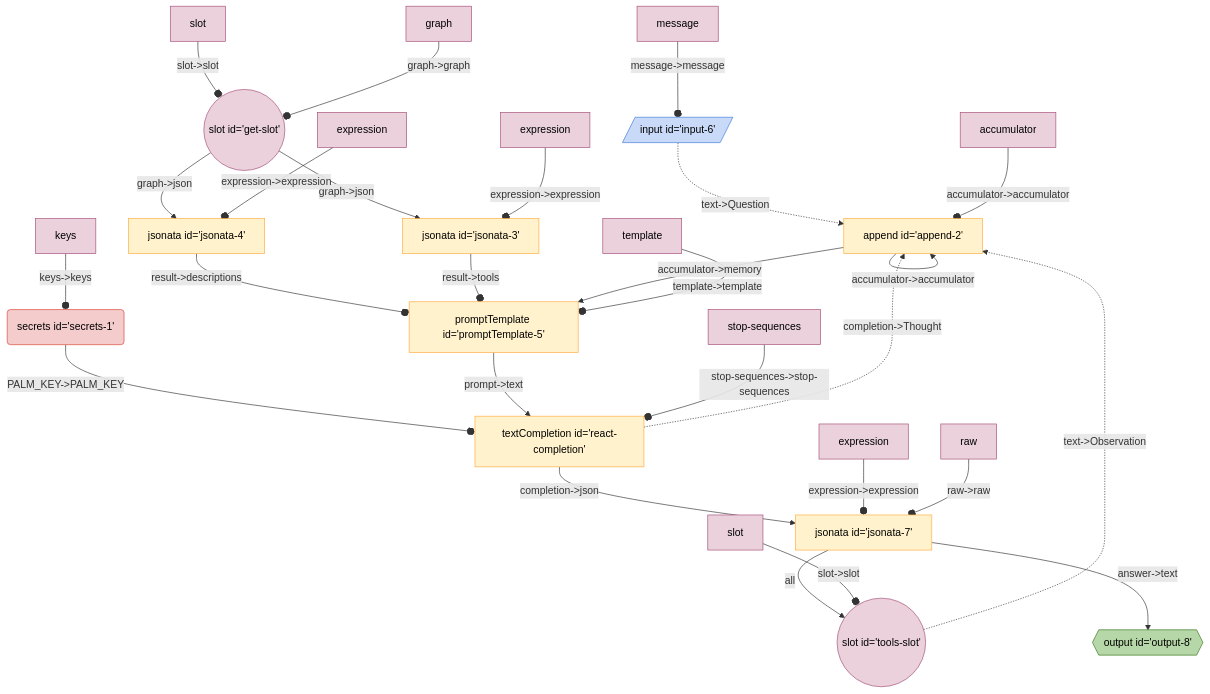
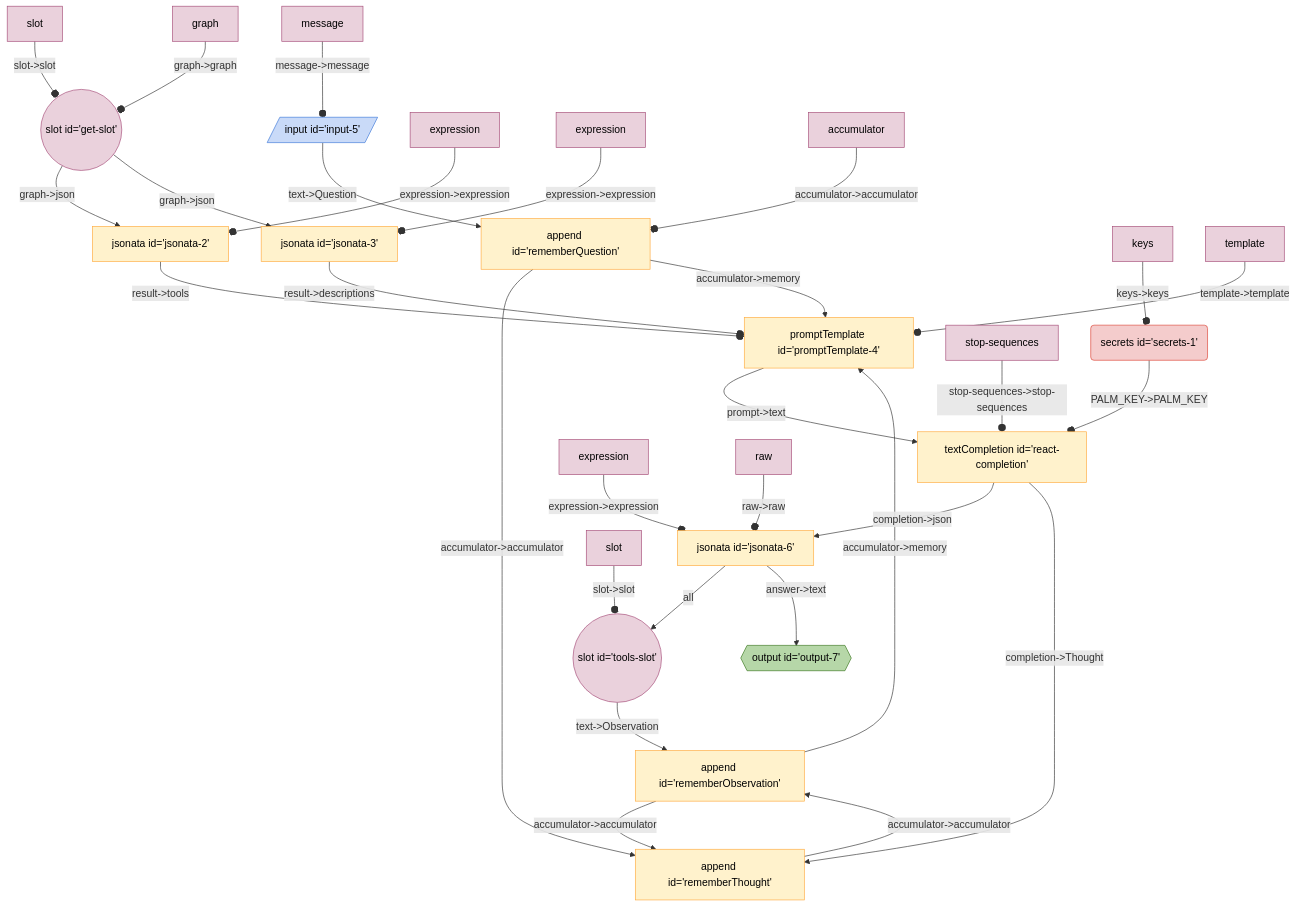
One commit to google/labs-prototypes changed the diagram in seeds/graph-playground/docs/graphs/react-with-slot.md. Above: the diagram before and after it, drawn with Mermaid. The commit also changed 2 other files, not shown here.

Commit message:
[llm-starter] Teach `react-with-slot` to use `append`.
Progress on #59.

````diff
--- a/seeds/graph-playground/docs/graphs/react-with-slot.md
+++ b/seeds/graph-playground/docs/graphs/react-with-slot.md
@@ -5,38 +5,41 @@
   ```mermaid
   %%{init: 'themeVariables': { 'fontFamily': 'Fira Code, monospace' }}%%
 graph TD;
-append2["append id='append-2'"] -- "accumulator->accumulator" --> append2["append id='append-2'"]
+getslot(("slot id='get-slot'")):::slot -- "graph->json" --> jsonata2["jsonata id='jsonata-2'"]
 getslot(("slot id='get-slot'")):::slot -- "graph->json" --> jsonata3["jsonata id='jsonata-3'"]
-getslot(("slot id='get-slot'")):::slot -- "graph->json" --> jsonata4["jsonata id='jsonata-4'"]
-jsonata4["jsonata id='jsonata-4'"] -- "result->descriptions" --o promptTemplate5["promptTemplate id='promptTemplate-5'"]
-jsonata3["jsonata id='jsonata-3'"] -- "result->tools" --o promptTemplate5["promptTemplate id='promptTemplate-5'"]
-append2["append id='append-2'"] -- "accumulator->memory" --> promptTemplate5["promptTemplate id='promptTemplate-5'"]
+jsonata3["jsonata id='jsonata-3'"] -- "result->descriptions" --o promptTemplate4["promptTemplate id='promptTemplate-4'"]
+jsonata2["jsonata id='jsonata-2'"] -- "result->tools" --o promptTemplate4["promptTemplate id='promptTemplate-4'"]
+rememberObservation["append id='rememberObservation'"] -- "accumulator->memory" --> promptTemplate4["promptTemplate id='promptTemplate-4'"]
+rememberThought["append id='rememberThought'"] -- "accumulator->accumulator" --> rememberObservation["append id='rememberObservation'"]
+rememberObservation["append id='rememberObservation'"] -- "accumulator->accumulator" --> rememberThought["append id='rememberThought'"]
+rememberQuestion["append id='rememberQuestion'"] -- "accumulator->accumulator" --> rememberThought["append id='rememberThought'"]
+rememberQuestion["append id='rememberQuestion'"] -- "accumulator->memory" --> promptTemplate4["promptTemplate id='promptTemplate-4'"]
+input5[/"input id='input-5'"/]:::input -- "text->Question" --> rememberQuestion["append id='rememberQuestion'"]
 secrets1("secrets id='secrets-1'"):::secrets -- "PALM_KEY->PALM_KEY" --o reactcompletion["textCompletion id='react-completion'"]
-input6[/"input id='input-6'"/]:::input -. "text->Question" .-> append2["append id='append-2'"]
-toolsslot(("slot id='tools-slot'")):::slot -. "text->Observation" .-> append2["append id='append-2'"]
-jsonata7["jsonata id='jsonata-7'"] -- all --> toolsslot(("slot id='tools-slot'")):::slot
-jsonata7["jsonata id='jsonata-7'"] -- "answer->text" --> output8{{"output id='output-8'"}}:::output
-reactcompletion["textCompletion id='react-completion'"] -- "completion->json" --> jsonata7["jsonata id='jsonata-7'"]
-reactcompletion["textCompletion id='react-completion'"] -. "completion->Thought" .-> append2["append id='append-2'"]
-promptTemplate5["promptTemplate id='promptTemplate-5'"] -- "prompt->text" --> reactcompletion["textCompletion id='react-completion'"]
+toolsslot(("slot id='tools-slot'")):::slot -- "text->Observation" --> rememberObservation["append id='rememberObservation'"]
+jsonata6["jsonata id='jsonata-6'"] -- all --> toolsslot(("slot id='tools-slot'")):::slot
+jsonata6["jsonata id='jsonata-6'"] -- "answer->text" --> output7{{"output id='output-7'"}}:::output
+reactcompletion["textCompletion id='react-completion'"] -- "completion->json" --> jsonata6["jsonata id='jsonata-6'"]
+reactcompletion["textCompletion id='react-completion'"] -- "completion->Thought" --> rememberThought["append id='rememberThought'"]
+promptTemplate4["promptTemplate id='promptTemplate-4'"] -- "prompt->text" --> reactcompletion["textCompletion id='react-completion'"]
 keyssecrets1[keys]:::config -- "keys->keys" --o secrets1
-accumulatorappend2[accumulator]:::config -- "accumulator->accumulator" --o append2
 slotgetslot[slot]:::config -- "slot->slot" --o getslot
 graphgetslot[graph]:::config -- "graph->graph" --o getslot
+expressionjsonata2[expression]:::config -- "expression->expression" --o jsonata2
 expressionjsonata3[expression]:::config -- "expression->expression" --o jsonata3
-expressionjsonata4[expression]:::config -- "expression->expression" --o jsonata4
-templatepromptTemplate5[template]:::config -- "template->template" --o promptTemplate5
+templatepromptTemplate4[template]:::config -- "template->template" --o promptTemplate4
+accumulatorrememberQuestion[accumulator]:::config -- "accumulator->accumulator" --o rememberQuestion
+messageinput5[message]:::config -- "message->message" --o input5
 stopsequencesreactcompletion[stop-sequences]:::config -- "stop-sequences->stop-sequences" --o reactcompletion
-messageinput6[message]:::config -- "message->message" --o input6
-expressionjsonata7[expression]:::config -- "expression->expression" --o jsonata7
-rawjsonata7[raw]:::config -- "raw->raw" --o jsonata7
+expressionjsonata6[expression]:::config -- "expression->expression" --o jsonata6
+rawjsonata6[raw]:::config -- "raw->raw" --o jsonata6
 slottoolsslot[slot]:::config -- "slot->slot" --o toolsslot
 classDef default stroke:#ffab40,fill:#fff2ccff,color:#000
 classDef input stroke:#3c78d8,fill:#c9daf8ff,color:#000
 classDef output stroke:#38761d,fill:#b6d7a8ff,color:#000
 classDef passthrough stroke:#a64d79,fill:#ead1dcff,color:#000
 classDef slot stroke:#a64d79,fill:#ead1dcff,color:#000
 classDef config stroke:#a64d79,fill:#ead1dcff,color:#000
 classDef secrets stroke:#db4437,fill:#f4cccc,color:#000
 classDef slotted stroke:#a64d79
   ```
````
